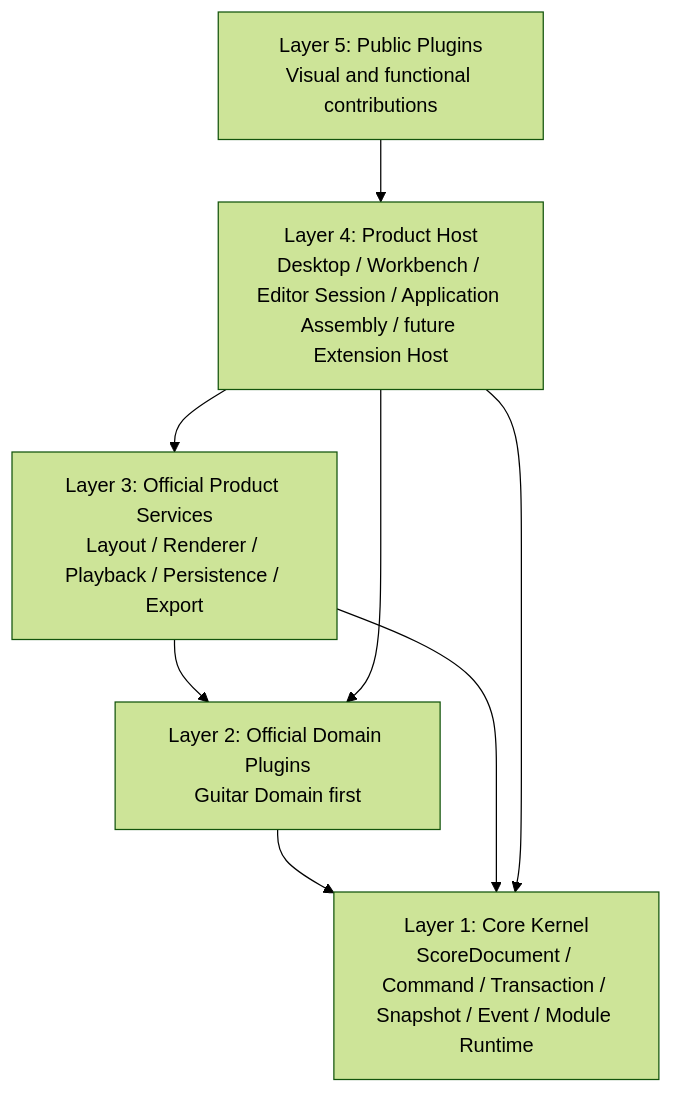
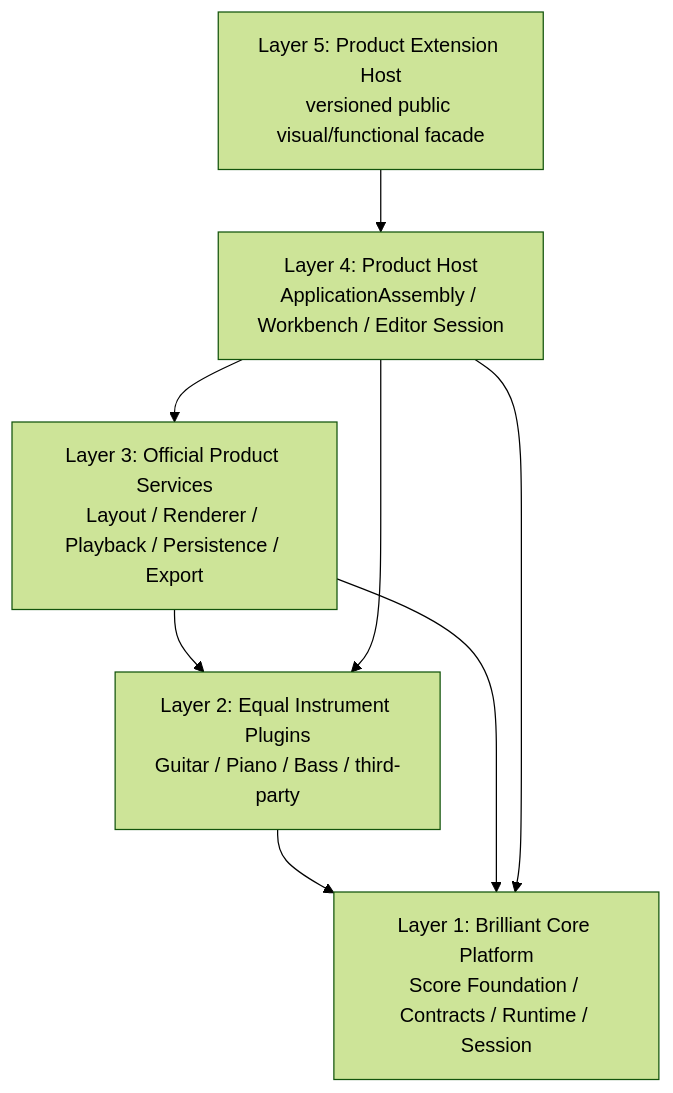
One commit to FFFAKKK/Brilliant-Guitar changed the first of 2 diagrams in .trellis/tasks/08-11-post-core-official-plugin-product-roadmap/design.md. Above: the diagram before and after it, drawn with Mermaid (forest theme). The commit also changed other lines of this file and 34 other files, not shown here.

Commit message:
docs(architecture): synchronize Architecture Reset V2 authority

````diff
--- a/.trellis/tasks/08-11-post-core-official-plugin-product-roadmap/design.md
+++ b/.trellis/tasks/08-11-post-core-official-plugin-product-roadmap/design.md
@@ -9,16 +11,16 @@
 ```mermaid
 flowchart TD
-  Core["Layer 1: Core Kernel\nScoreDocument / Command / Transaction / Snapshot / Event / Module Runtime"]
-  Domain["Layer 2: Official Domain Plugins\nGuitar Domain first"]
+  Core["Layer 1: Brilliant Core Platform\nScore Foundation / Contracts / Runtime / Session"]
+  Domain["Layer 2: Equal Instrument Plugins\nGuitar / Piano / Bass / third-party"]
   Services["Layer 3: Official Product Services\nLayout / Renderer / Playback / Persistence / Export"]
-  Host["Layer 4: Product Host\nDesktop / Workbench / Editor Session / Application Assembly / future Extension Host"]
-  Public["Layer 5: Public Plugins\nVisual and functional contributions"]
+  Host["Layer 4: Product Host\nApplicationAssembly / Workbench / Editor Session"]
+  Public["Layer 5: Product Extension Host\nversioned public visual/functional facade"]
 
   Domain --> Core
   Services --> Core
   Services --> Domain
   Host --> Core
   Host --> Domain
   Host --> Services
   Public --> Host
 ```
````
